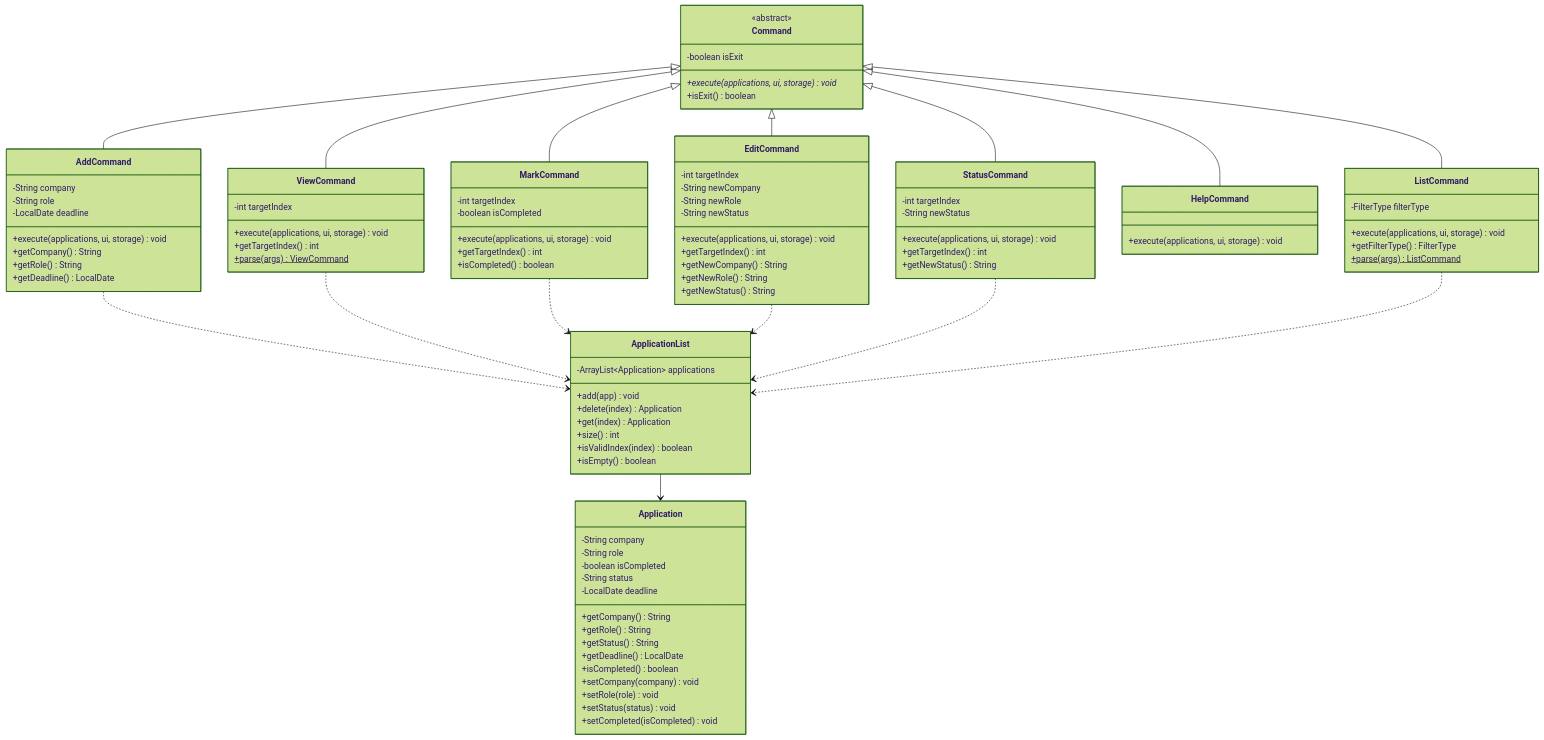
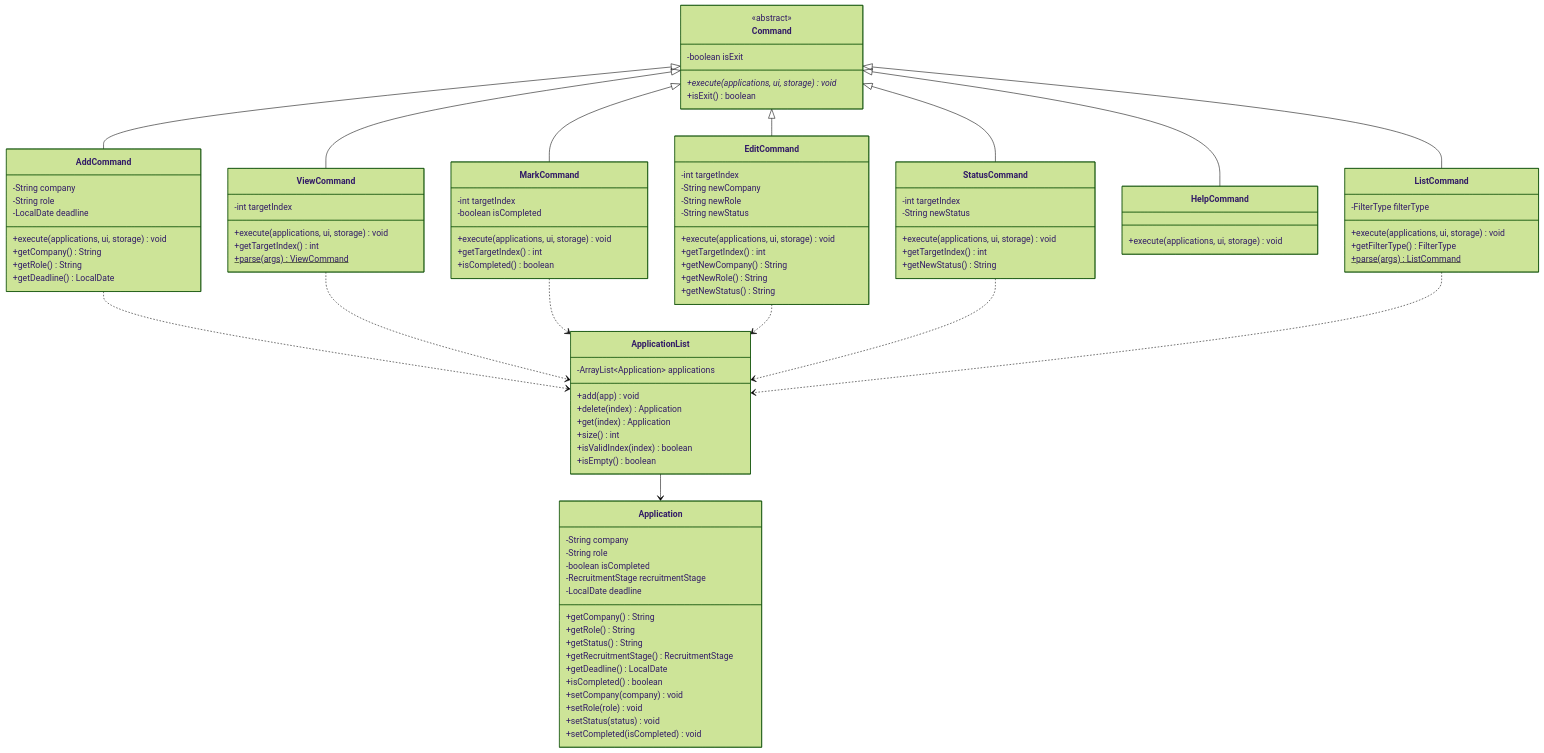
The first of 10 diagrams in docs/DeveloperGuide.md (AY2627S1-CS2113-T10-2/tp), drawn with Mermaid (forest theme) before and after one commit. The commit also changed other lines of this file and 8 other files, not shown here.

Commit message:
Added RecruitmentStage Feature

```diff
--- a/docs/DeveloperGuide.md
+++ b/docs/DeveloperGuide.md
@@ -86,11 +86,12 @@
         -String company
         -String role
         -boolean isCompleted
-        -String status
+        -RecruitmentStage recruitmentStage
         -LocalDate deadline
         +getCompany() String
         +getRole() String
         +getStatus() String
+        +getRecruitmentStage() RecruitmentStage
         +getDeadline() LocalDate
         +isCompleted() boolean
         +setCompany(company) void
```
